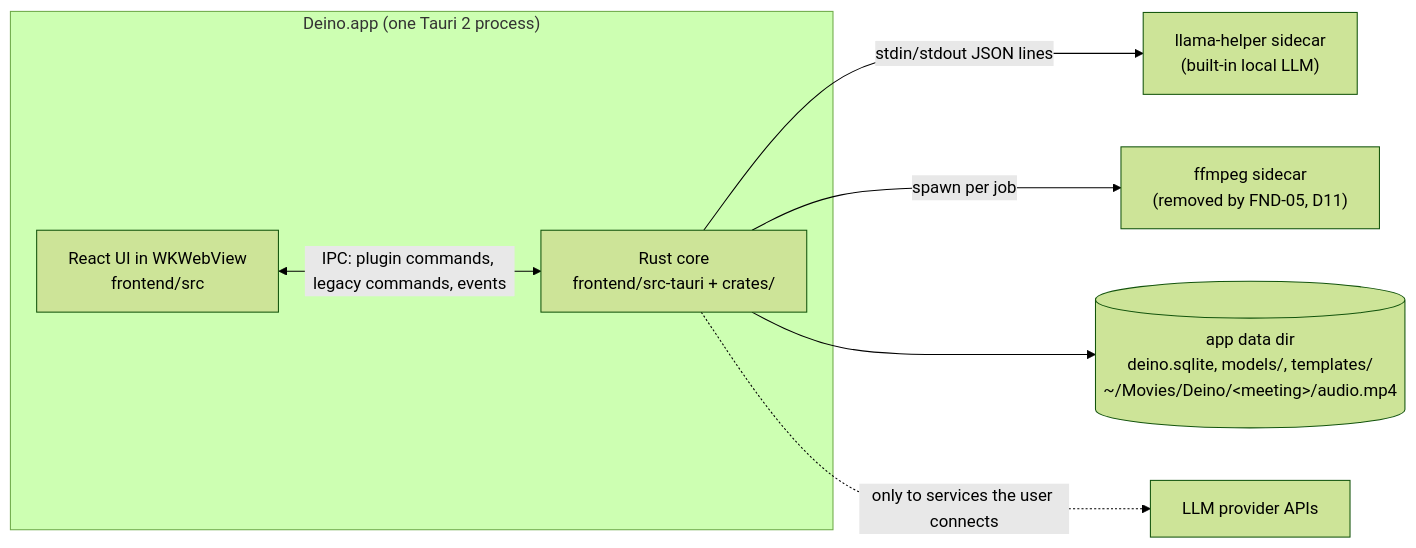
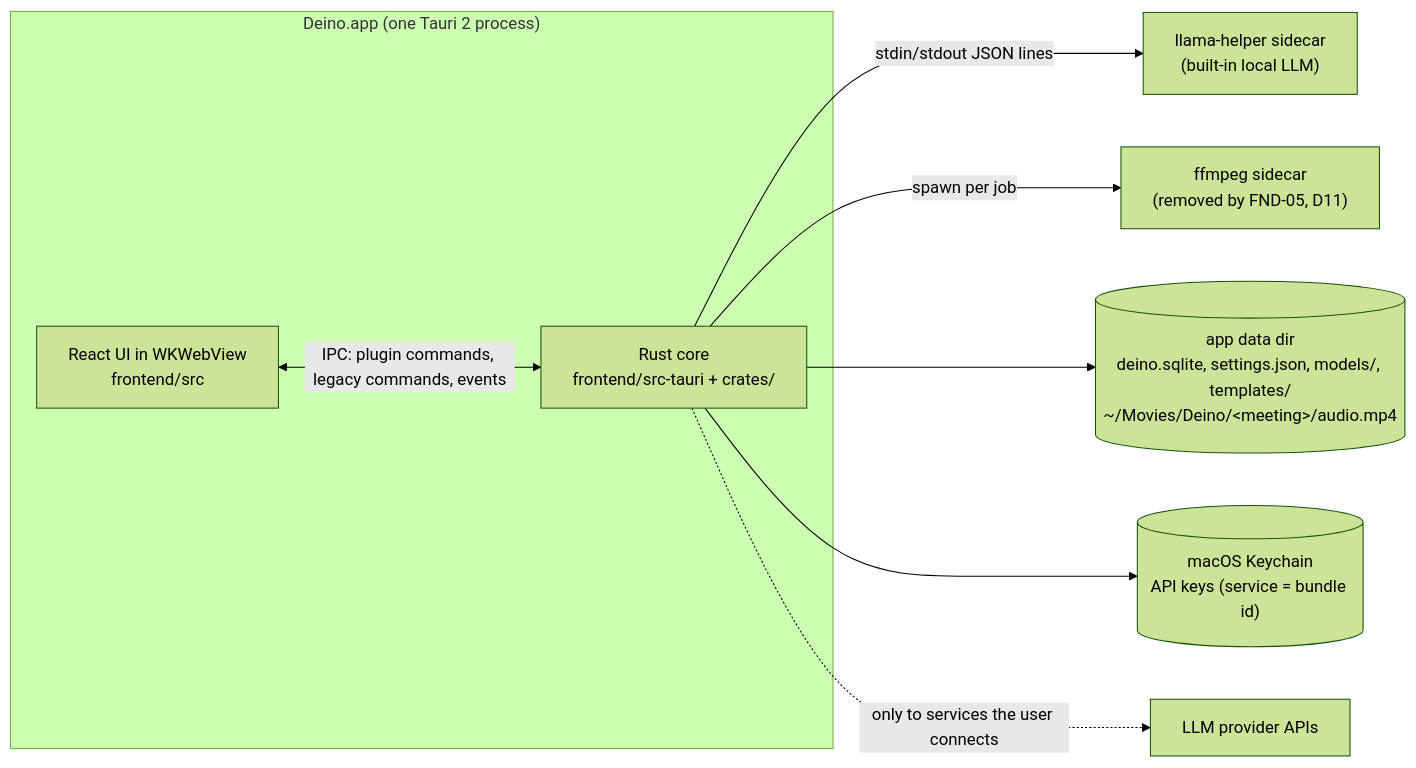
One commit to xenshreyas/Deino changed the first of 5 diagrams in docs/ARCHITECTURE.md. Above: the diagram before and after it, drawn with Mermaid (forest theme). The commit also changed other lines of this file and 5 other files, not shown here.

Commit message:
docs: FND-06 settings and Keychain secrets in the architecture, ADR 0012, READMEs and plan

````diff
--- a/docs/ARCHITECTURE.md
+++ b/docs/ARCHITECTURE.md
@@ -16,12 +17,13 @@
 ```mermaid
 flowchart LR
   subgraph App["Deino.app (one Tauri 2 process)"]
     UI["React UI in WKWebView<br/>frontend/src"]
     Core["Rust core<br/>frontend/src-tauri + crates/"]
     UI <-- "IPC: plugin commands, legacy commands, events" --> Core
   end
   Core -- "stdin/stdout JSON lines" --> Llama["llama-helper sidecar<br/>(built-in local LLM)"]
   Core -- "spawn per job" --> FFmpeg["ffmpeg sidecar<br/>(removed by FND-05, D11)"]
-  Core --> Files[("app data dir<br/>deino.sqlite, models/, templates/<br/>~/Movies/Deino/&lt;meeting&gt;/audio.mp4")]
+  Core --> Files[("app data dir<br/>deino.sqlite, settings.json, models/, templates/<br/>~/Movies/Deino/&lt;meeting&gt;/audio.mp4")]
+  Core --> Keychain[("macOS Keychain<br/>API keys (service = bundle id)")]
   Core -. "only to services the user connects" .-> LLM["LLM provider APIs"]
 ```
````
